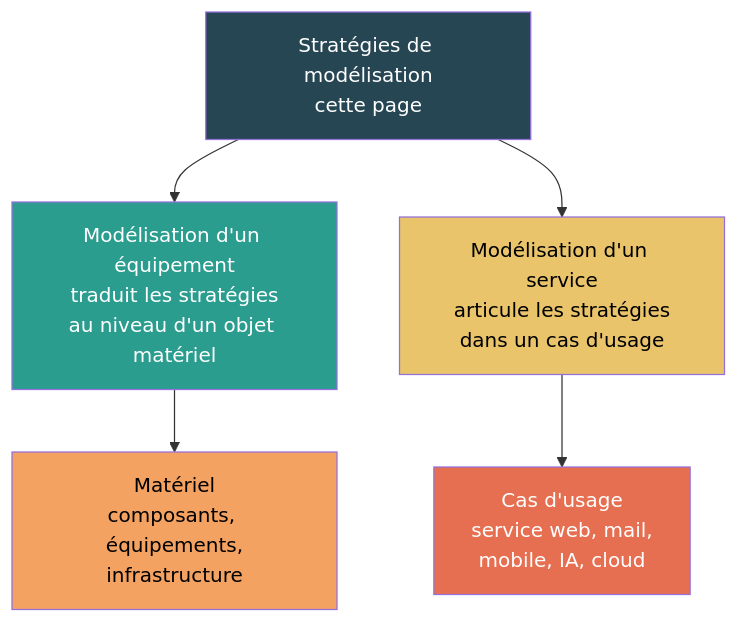
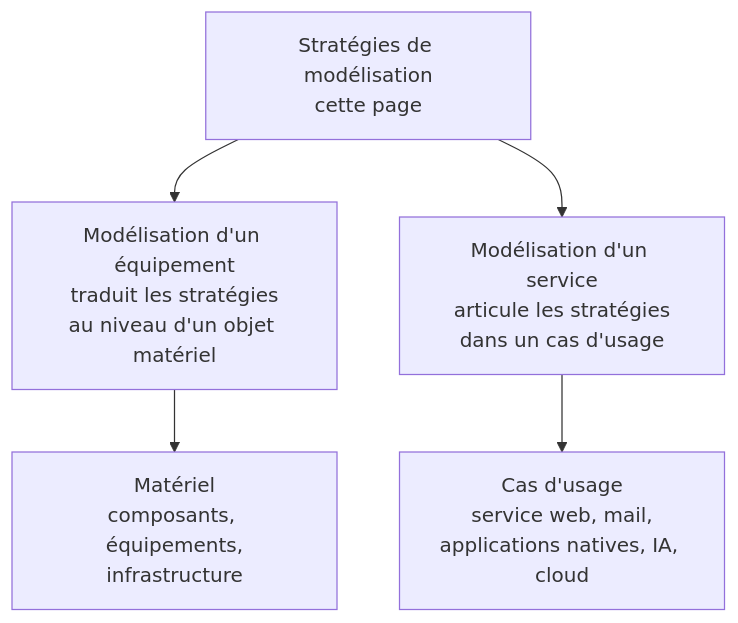
Before and after one commit to digital4better/methodology: the fourth of 4 diagrams in docs/modelisation/strategies-de-modelisation.md, drawn with Mermaid. The commit also changed other lines of this file and 193 other files, not shown here.

````diff
--- a/docs/modelisation/strategies-de-modelisation.md
+++ b/docs/modelisation/strategies-de-modelisation.md
@@ -166,13 +180,13 @@
 ```mermaid
 flowchart TD
     STRAT[Stratégies de modélisation<br>cette page] --> EQUIP[Modélisation d'un équipement<br>traduit les stratégies<br>au niveau d'un objet matériel]
     STRAT --> SERV[Modélisation d'un service<br>articule les stratégies<br>dans un cas d'usage]
     EQUIP --> MAT[Matériel<br>composants, équipements,<br>infrastructure]
-    SERV --> CAS[Cas d'usage<br>service web, mail,<br>mobile, IA, cloud]
+    SERV --> CAS[Cas d'usage<br>service web, mail,<br>applications natives, IA, cloud]
 
-    style STRAT fill:#264653,color:#fff
-    style EQUIP fill:#2a9d8f,color:#fff
-    style SERV fill:#e9c46a,color:#000
-    style MAT fill:#f4a261,color:#000
-    style CAS fill:#e76f51,color:#fff
+    class STRAT d4b-navy
+    class EQUIP d4b-blue
+    class SERV d4b-sand
+    class MAT d4b-rose
+    class CAS d4b-coral
 ```
````
